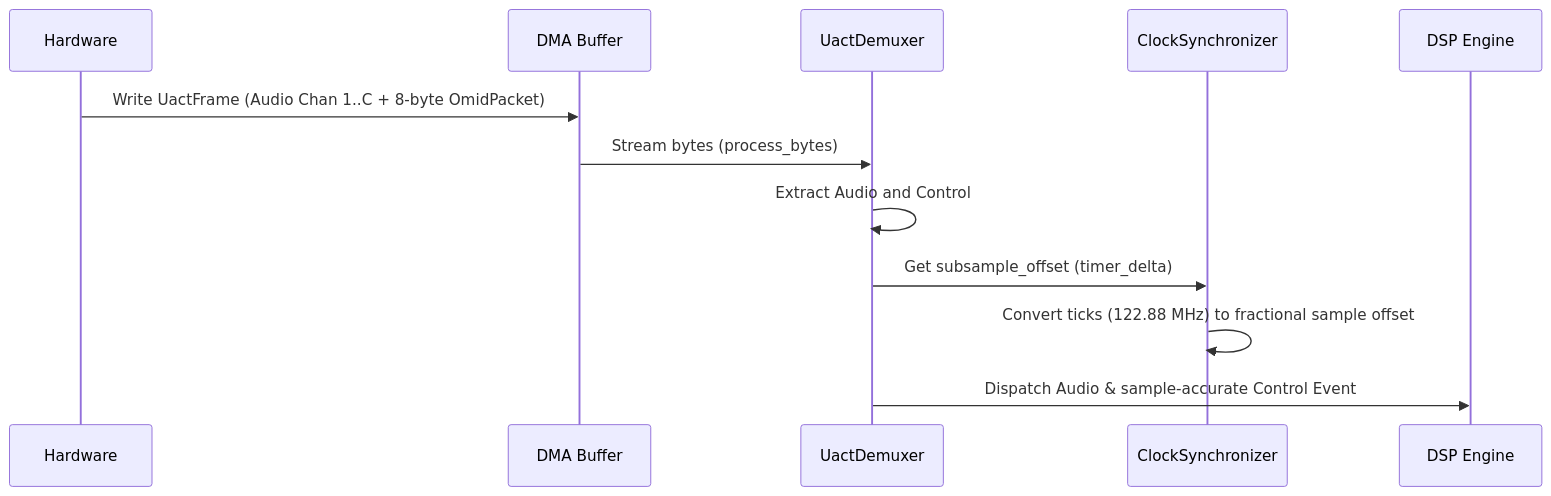
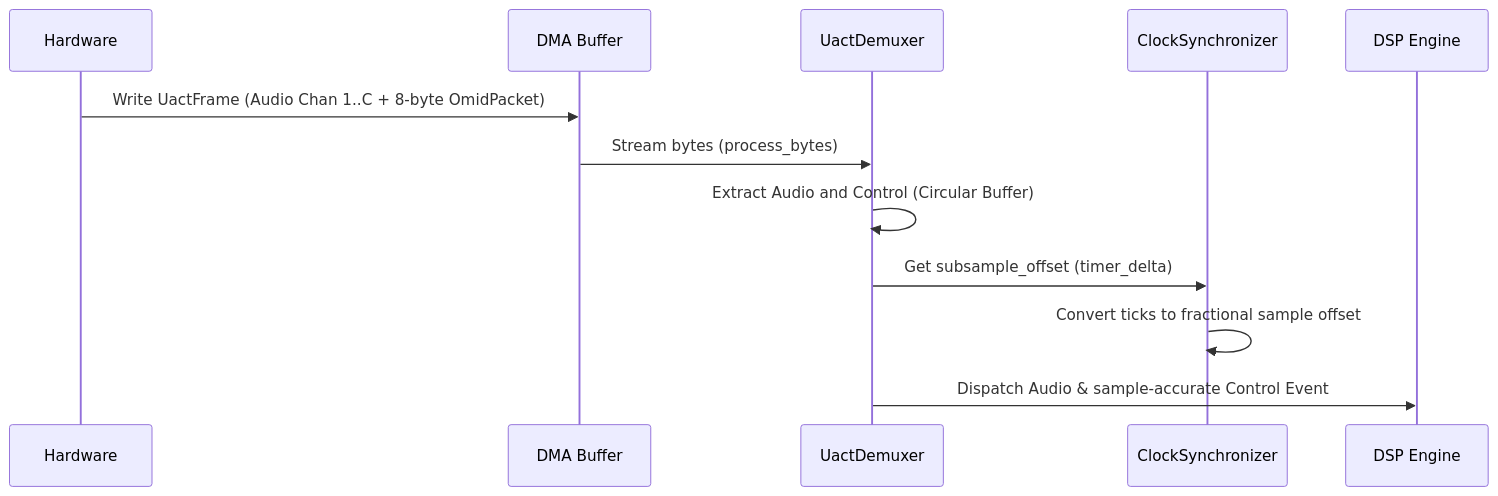
The second of 6 diagrams in docs/diagram.md (FaezBarghasa/omid), drawn with Mermaid before and after one commit. The commit also changed other lines of this file and 8 other files, not shown here.

Commit message:
feat: implement JNA-based Android bindings and enhance core architecture with lock-free primitives and MIDI support.

````diff
--- a/docs/diagram.md
+++ b/docs/diagram.md
@@ -41,15 +41,15 @@
 ```mermaid
 sequenceDiagram
     participant Hardware
     participant DMA Buffer
     participant UactDemuxer
     participant ClockSynchronizer
     participant DSP Engine
 
     Hardware->>DMA Buffer: Write UactFrame (Audio Chan 1..C + 8-byte OmidPacket)
     DMA Buffer->>UactDemuxer: Stream bytes (process_bytes)
-    UactDemuxer->>UactDemuxer: Extract Audio and Control
+    UactDemuxer->>UactDemuxer: Extract Audio and Control (Circular Buffer)
     UactDemuxer->>ClockSynchronizer: Get subsample_offset (timer_delta)
-    ClockSynchronizer->>ClockSynchronizer: Convert ticks (122.88 MHz) to fractional sample offset
+    ClockSynchronizer->>ClockSynchronizer: Convert ticks to fractional sample offset
     UactDemuxer->>DSP Engine: Dispatch Audio & sample-accurate Control Event
 ```
````
